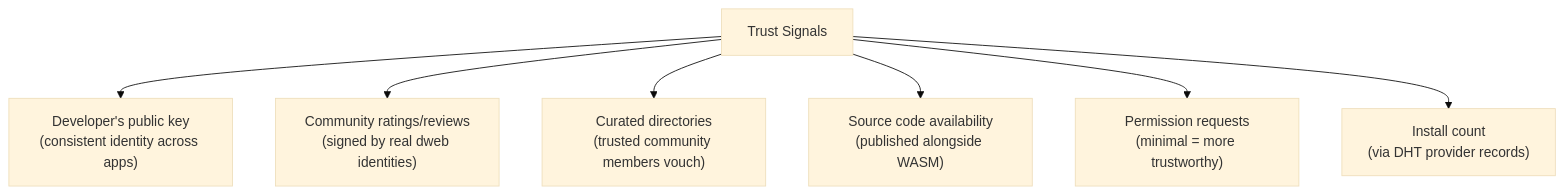
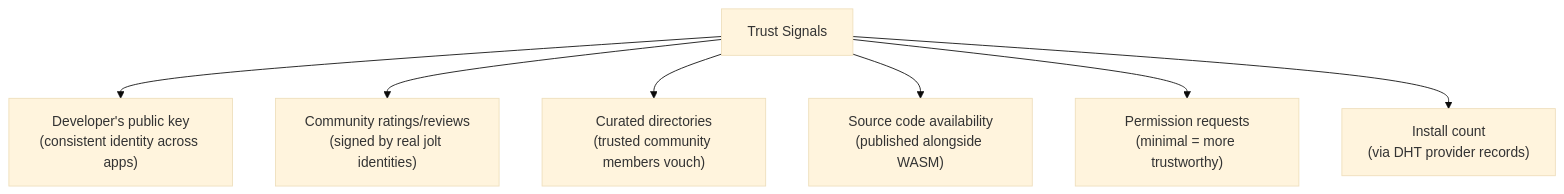
One commit to alexanderwanyoike/jolt changed the third of 3 diagrams in docs/06-apps.md. Above: the diagram before and after it, drawn with Mermaid (base theme). The commit also changed other lines of this file and 148 other files, not shown here.

Commit message:
Rename dweb to jolt and improve daemon discovery

````diff
--- a/docs/06-apps.md
+++ b/docs/06-apps.md
@@ -312,10 +312,10 @@
 ```mermaid
 graph TD
     Trust["Trust Signals"]
     Trust --> DevKey["Developer's public key<br/>(consistent identity across apps)"]
-    Trust --> Reviews["Community ratings/reviews<br/>(signed by real dweb identities)"]
+    Trust --> Reviews["Community ratings/reviews<br/>(signed by real jolt identities)"]
     Trust --> Curated["Curated directories<br/>(trusted community members vouch)"]
     Trust --> Source["Source code availability<br/>(published alongside WASM)"]
     Trust --> Perms["Permission requests<br/>(minimal = more trustworthy)"]
     Trust --> Installs["Install count<br/>(via DHT provider records)"]
 ```
````
